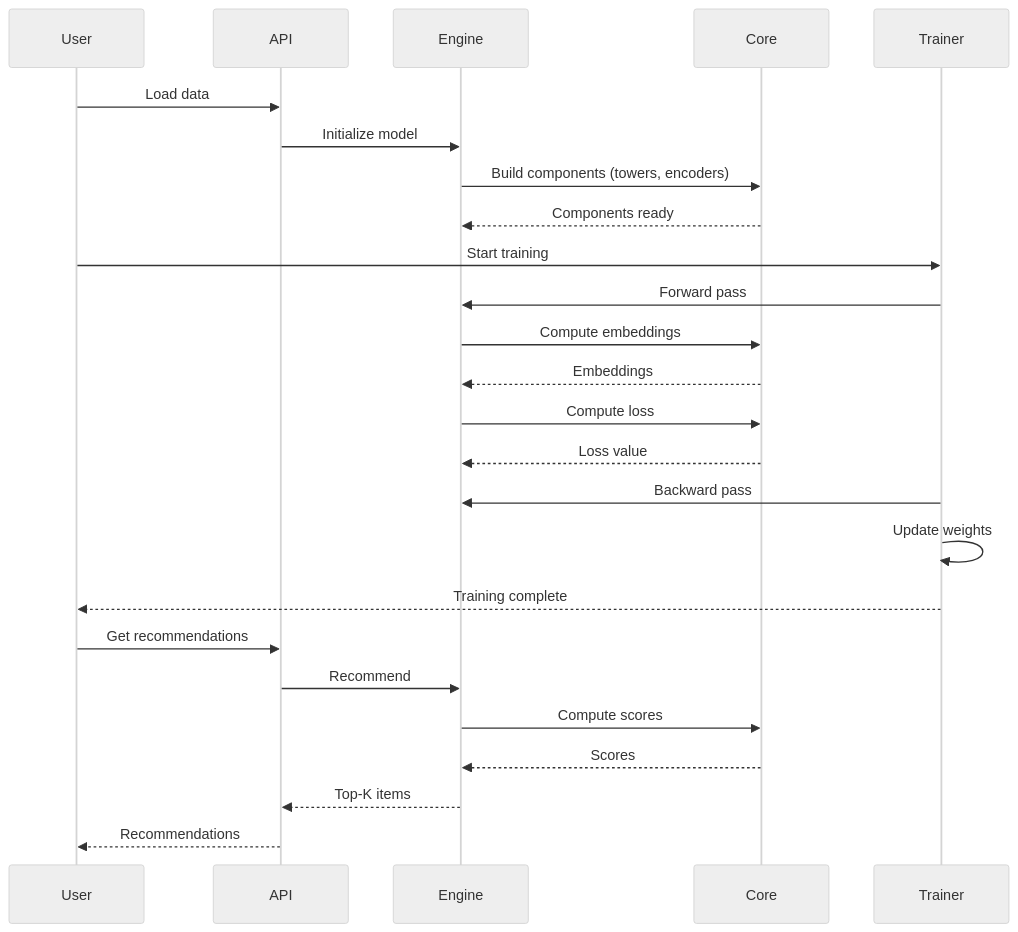
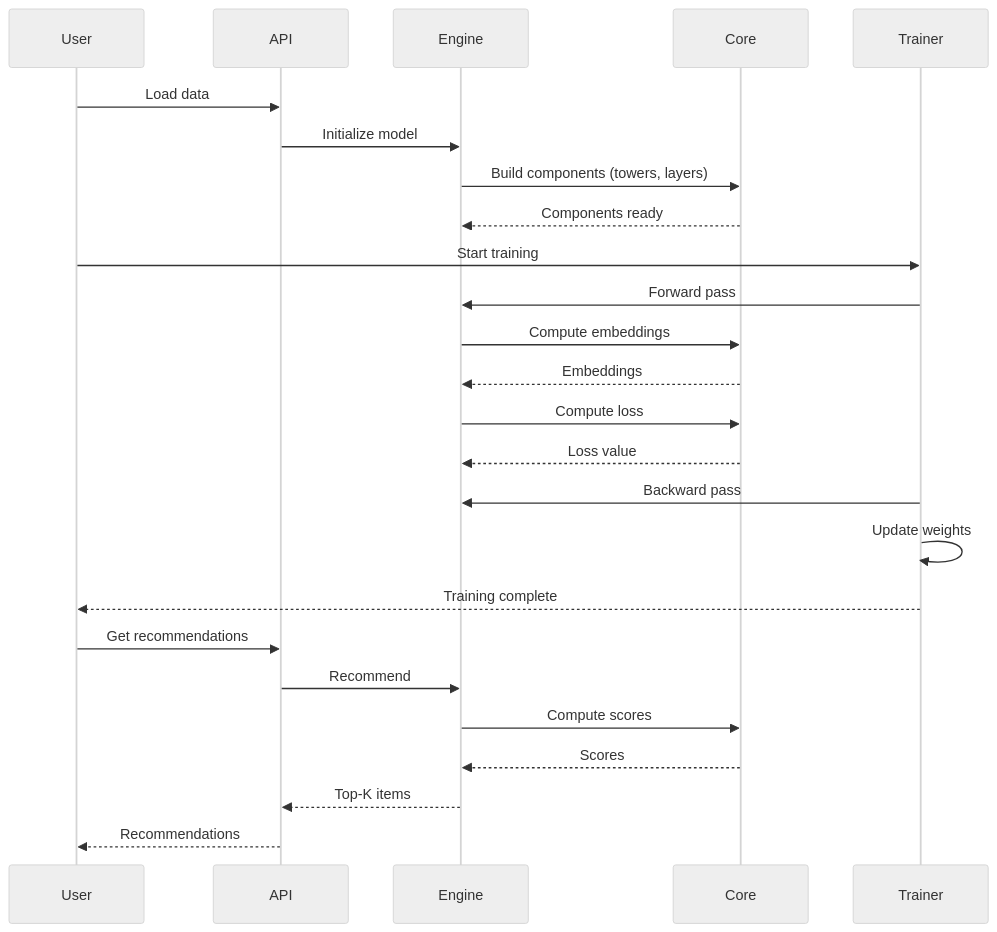
One commit to vishesh9131/CoreRec changed the second of 2 diagrams in docs/getting-started/architecture.md. Above: the diagram before and after it, drawn with Mermaid (neutral theme). The commit also changed other lines of this file and 1 other file, not shown here.

First line of the commit message:
docs/getting-started/architecture: describe the library as it is now

````diff
--- a/docs/getting-started/architecture.md
+++ b/docs/getting-started/architecture.md
@@ -327,28 +346,28 @@
 ```mermaid
 sequenceDiagram
     participant User
     participant API
     participant Engine
     participant Core
     participant Trainer
     
     User->>API: Load data
     API->>Engine: Initialize model
-    Engine->>Core: Build components (towers, encoders)
+    Engine->>Core: Build components (towers, layers)
     Core-->>Engine: Components ready
     User->>Trainer: Start training
     Trainer->>Engine: Forward pass
     Engine->>Core: Compute embeddings
     Core-->>Engine: Embeddings
     Engine->>Core: Compute loss
     Core-->>Engine: Loss value
     Trainer->>Engine: Backward pass
     Trainer->>Trainer: Update weights
     Trainer-->>User: Training complete
     User->>API: Get recommendations
     API->>Engine: Recommend
     Engine->>Core: Compute scores
     Core-->>Engine: Scores
     Engine-->>API: Top-K items
     API-->>User: Recommendations
 ```
````
